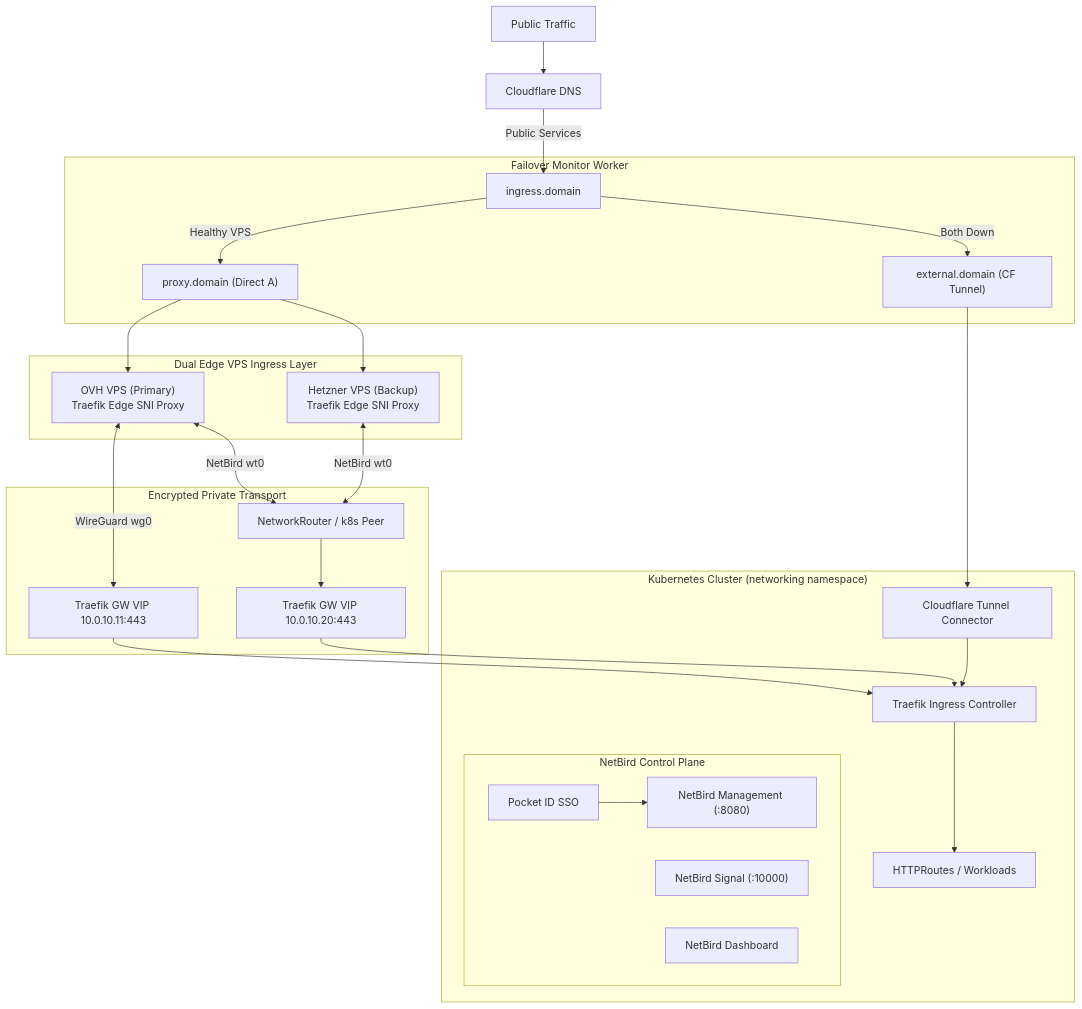
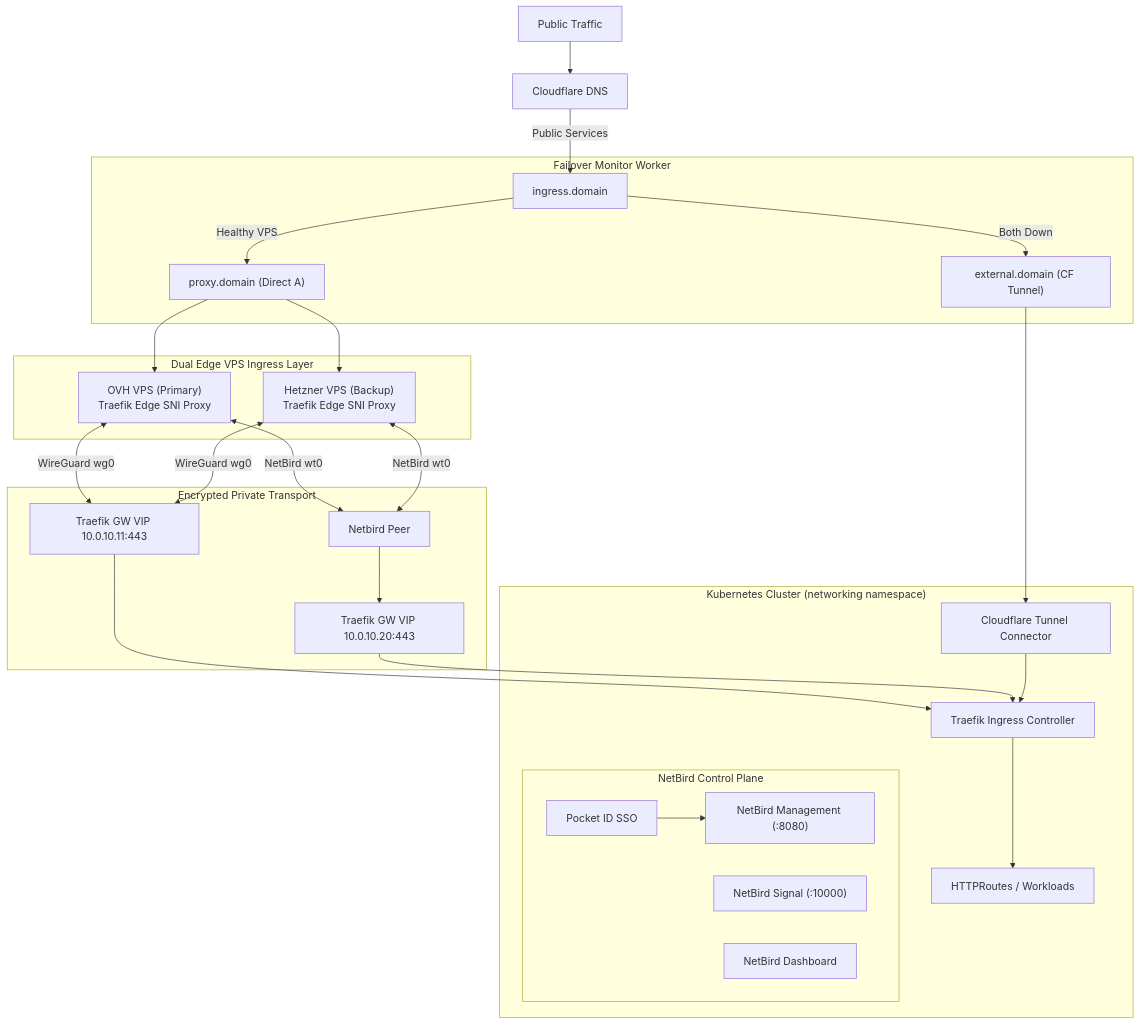
One commit to mrwulf/home-cluster changed the first of 2 diagrams in docs/ingress_and_netbird_architecture.md. Above: the diagram before and after it, drawn with Mermaid. The commit also changed other lines of this file and 4 other files, not shown here.

````diff
--- a/docs/ingress_and_netbird_architecture.md
+++ b/docs/ingress_and_netbird_architecture.md
@@ -15,38 +15,39 @@
 ```mermaid
 graph TD
     User["Public Traffic"] --> DNS["Cloudflare DNS"]
     DNS -->|Public Services| IngressCNAME["ingress.domain"]
 
     subgraph FailoverEngine["Failover Monitor Worker"]
         IngressCNAME -->|Healthy VPS| ProxyTarget["proxy.domain (Direct A)"]
         IngressCNAME -->|Both Down| TunnelTarget["external.domain (CF Tunnel)"]
     end
 
     subgraph EdgeVPS["Dual Edge VPS Ingress Layer"]
         ProxyTarget --> OVH["OVH VPS (Primary)<br/>Traefik Edge SNI Proxy"]
         ProxyTarget --> Hetzner["Hetzner VPS (Backup)<br/>Traefik Edge SNI Proxy"]
     end
 
     subgraph OverlayMesh["Encrypted Private Transport"]
         OVH <-->|WireGuard wg0| K8sGW11["Traefik GW VIP 10.0.10.11:443"]
-        OVH <-->|NetBird wt0| Router["NetworkRouter / k8s Peer"]
+        OVH <-->|NetBird wt0| Router["Netbird Peer"]
+        Hetzner <-->|WireGuard wg0| K8sGW11
         Hetzner <-->|NetBird wt0| Router
         Router --> K8sGW20["Traefik GW VIP 10.0.10.20:443"]
     end
 
     subgraph K8sCluster["Kubernetes Cluster (networking namespace)"]
         K8sGW11 --> TraefikPods["Traefik Ingress Controller"]
         K8sGW20 --> TraefikPods
         TunnelTarget --> CFTunnelPod["Cloudflare Tunnel Connector"]
         CFTunnelPod --> TraefikPods
 
         TraefikPods --> AppHTTPRoutes["HTTPRoutes / Workloads"]
 
         subgraph ControlPlane["NetBird Control Plane"]
             Mgmt["NetBird Management (:8080)"]
             Signal["NetBird Signal (:10000)"]
             Dash["NetBird Dashboard"]
             PocketID["Pocket ID SSO"] --> Mgmt
         end
     end
 ```
````
